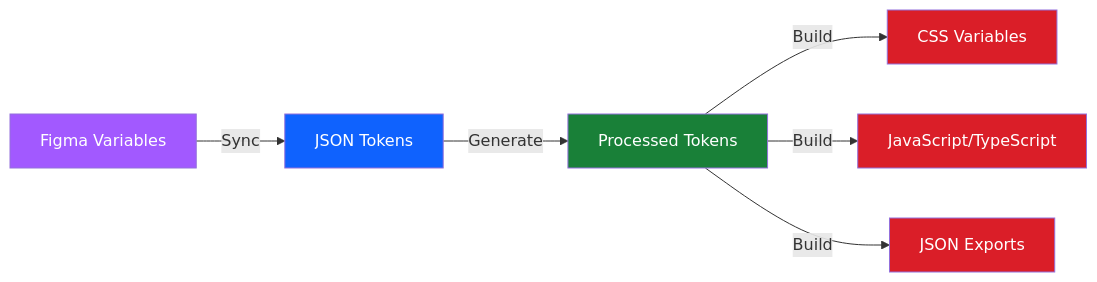
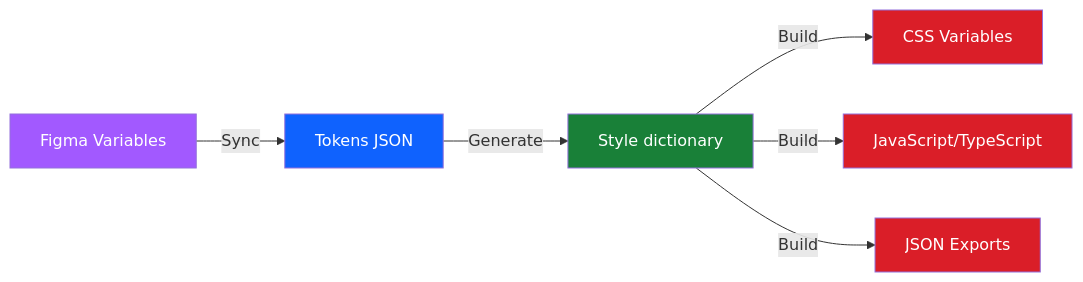
Before and after one commit to equinor/design-system: the first of 3 diagrams in documentation/how-to/TOKEN_SYSTEM_GUIDE.md, drawn with Mermaid. The commit also changed other lines of this file, not shown here.

````diff
--- a/documentation/how-to/TOKEN_SYSTEM_GUIDE.md
+++ b/documentation/how-to/TOKEN_SYSTEM_GUIDE.md
@@ -40,15 +37,15 @@
 ```mermaid
 graph LR
-    A[Figma Variables] -->|Sync| B[JSON Tokens]
-    B -->|Generate| C[Processed Tokens]
+    A[Figma Variables] -->|Sync| B[Tokens JSON]
+    B -->|Generate| C[Style dictionary]
     C -->|Build| D[CSS Variables]
     C -->|Build| E[JavaScript/TypeScript]
     C -->|Build| F[JSON Exports]
 
     style A fill:#a259ff,color:#fff
     style B fill:#0f62fe,color:#fff
     style C fill:#198038,color:#fff
     style D fill:#da1e28,color:#fff
     style E fill:#da1e28,color:#fff
     style F fill:#da1e28,color:#fff
 ```
````
